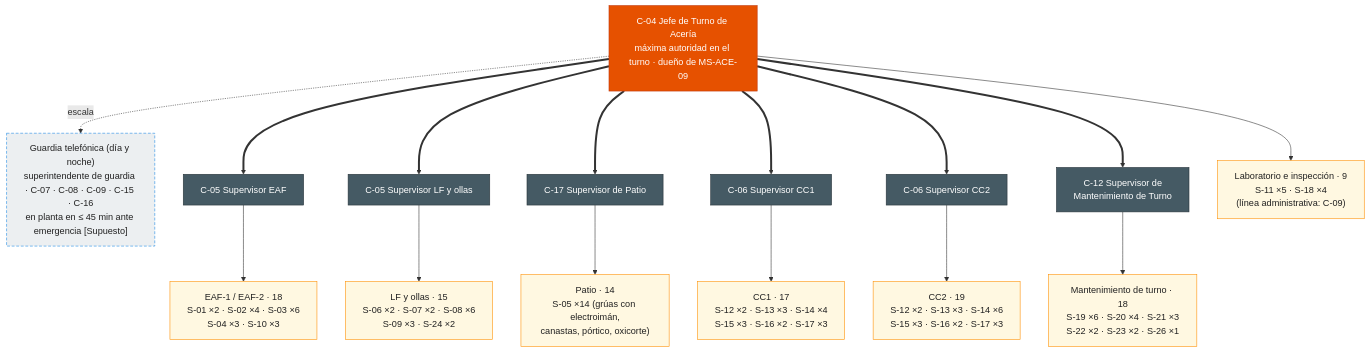
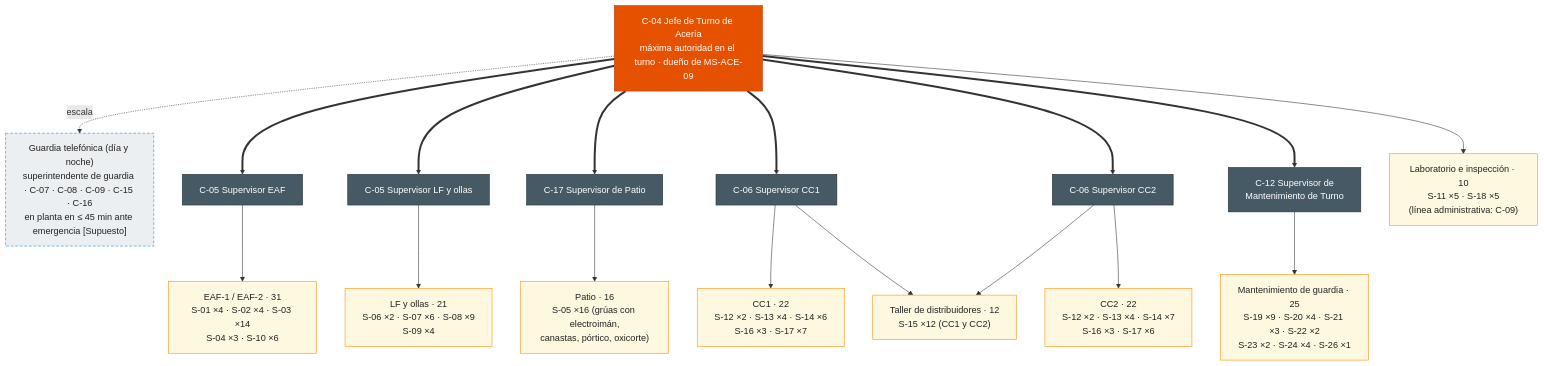
Before and after one commit to diegocardonaguzman03-maker/HR: the second of 2 diagrams in 10-plantas/01-steelmaking/01-organizacion/organigrama-acería.md, drawn with Mermaid. The commit also changed other lines of this file and 59 other files, not shown here.

````diff
--- a/10-plantas/01-steelmaking/01-organizacion/organigrama-acería.md
+++ b/10-plantas/01-steelmaking/01-organizacion/organigrama-acería.md
@@ -198,39 +199,42 @@
 ```mermaid
 flowchart TB
     JT["C-04 Jefe de Turno de Acería<br/>máxima autoridad en el turno · dueño de MS-ACE-09"]:::turno
     GU["Guardia telefónica (día y noche)<br/>superintendente de guardia · C-07 · C-08 · C-09 · C-15 · C-16<br/>en planta en ≤ 45 min ante emergencia [Supuesto]"]:::staff
     JT -. escala .-> GU
 
     SE["C-05 Supervisor EAF"]:::mando
     SL["C-05 Supervisor LF y ollas"]:::mando
     SP["C-17 Supervisor de Patio"]:::mando
     S1["C-06 Supervisor CC1"]:::mando
     S2["C-06 Supervisor CC2"]:::mando
     SM["C-12 Supervisor de<br/>Mantenimiento de Turno"]:::mando
     JT ==> SE
     JT ==> SL
     JT ==> SP
     JT ==> S1
     JT ==> S2
     JT ==> SM
 
-    E["EAF-1 / EAF-2 · 18<br/>S-01 ×2 · S-02 ×4 · S-03 ×6<br/>S-04 ×3 · S-10 ×3"]:::sind
-    L["LF y ollas · 15<br/>S-06 ×2 · S-07 ×2 · S-08 ×6<br/>S-09 ×3 · S-24 ×2"]:::sind
-    P["Patio · 14<br/>S-05 ×14 (grúas con electroimán,<br/>canastas, pórtico, oxicorte)"]:::sind
-    Q["Laboratorio e inspección · 9<br/>S-11 ×5 · S-18 ×4<br/>(línea administrativa: C-09)"]:::sind
-    K1["CC1 · 17<br/>S-12 ×2 · S-13 ×3 · S-14 ×4<br/>S-15 ×3 · S-16 ×2 · S-17 ×3"]:::sind
-    K2["CC2 · 19<br/>S-12 ×2 · S-13 ×3 · S-14 ×6<br/>S-15 ×3 · S-16 ×2 · S-17 ×3"]:::sind
-    M["Mantenimiento de turno · 18<br/>S-19 ×6 · S-20 ×4 · S-21 ×3<br/>S-22 ×2 · S-23 ×2 · S-26 ×1"]:::sind
+    E["EAF-1 / EAF-2 · 31<br/>S-01 ×4 · S-02 ×4 · S-03 ×14<br/>S-04 ×3 · S-10 ×6"]:::sind
+    L["LF y ollas · 21<br/>S-06 ×2 · S-07 ×6 · S-08 ×9<br/>S-09 ×4"]:::sind
+    P["Patio · 16<br/>S-05 ×16 (grúas con electroimán,<br/>canastas, pórtico, oxicorte)"]:::sind
+    Q["Laboratorio e inspección · 10<br/>S-11 ×5 · S-18 ×5<br/>(línea administrativa: C-09)"]:::sind
+    K1["CC1 · 22<br/>S-12 ×2 · S-13 ×4 · S-14 ×6<br/>S-16 ×3 · S-17 ×7"]:::sind
+    K2["CC2 · 22<br/>S-12 ×2 · S-13 ×4 · S-14 ×7<br/>S-16 ×3 · S-17 ×6"]:::sind
+    D["Taller de distribuidores · 12<br/>S-15 ×12 (CC1 y CC2)"]:::sind
+    M["Mantenimiento de guardia · 25<br/>S-19 ×9 · S-20 ×4 · S-21 ×3 · S-22 ×2<br/>S-23 ×2 · S-24 ×4 · S-26 ×1"]:::sind
     SE --> E
     SL --> L
     SP --> P
     JT --> Q
     S1 --> K1
     S2 --> K2
+    S1 --> D
+    S2 --> D
     SM --> M
 
     classDef mando fill:#455A64,stroke:#263238,color:#ffffff
     classDef turno fill:#E65100,stroke:#BF360C,color:#ffffff
     classDef staff fill:#ECEFF1,stroke:#1E88E5,stroke-dasharray:5 3,color:#212121
     classDef sind fill:#FFF8E1,stroke:#FF8F00,color:#212121
 ```
````
